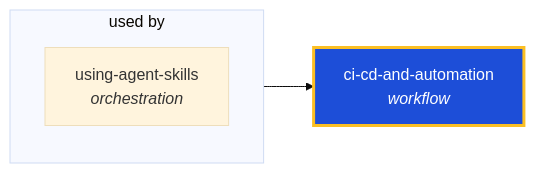
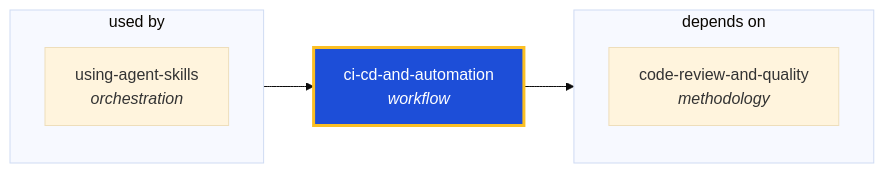
One commit to ThePlenkov/skills changed the diagram in docs/graphs/generated/ci-cd-and-automation.md. Above: the diagram before and after it, drawn with Mermaid (base theme). The commit also changed other lines of this file and 40 other files, not shown here.

````diff
--- a/docs/graphs/generated/ci-cd-and-automation.md
+++ b/docs/graphs/generated/ci-cd-and-automation.md
@@ -22,13 +22,18 @@
 ```mermaid
 graph LR
   ci_cd_and_automation["ci-cd-and-automation<br/><i>workflow</i>"]
   classDef center fill:#1d4ed8,stroke:#fbbf24,stroke-width:3px,color:#fff
   class ci_cd_and_automation center
 
   subgraph sg_used_by["used by"]
     direction TB
     using_agent_skills["using-agent-skills<br/><i>orchestration</i>"]
   end
   using_agent_skills --> ci_cd_and_automation
 
+  subgraph sg_depends_on["depends on"]
+    direction TB
+    code_review_and_quality["code-review-and-quality<br/><i>methodology</i>"]
+  end
+  ci_cd_and_automation --> code_review_and_quality
 ```
````
